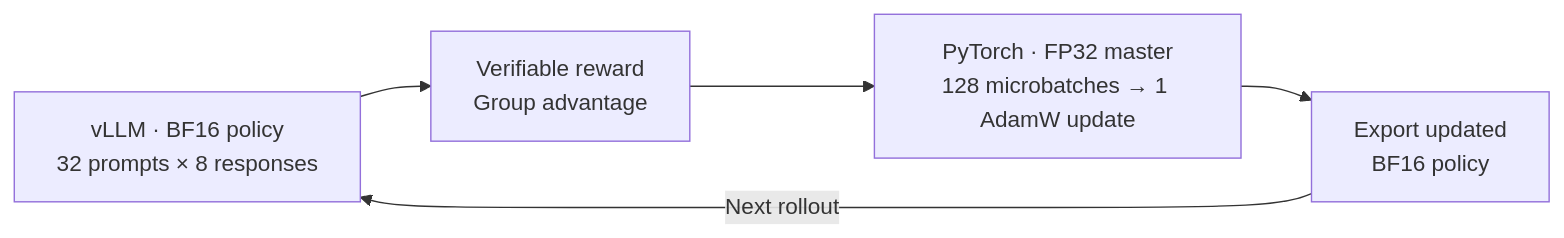
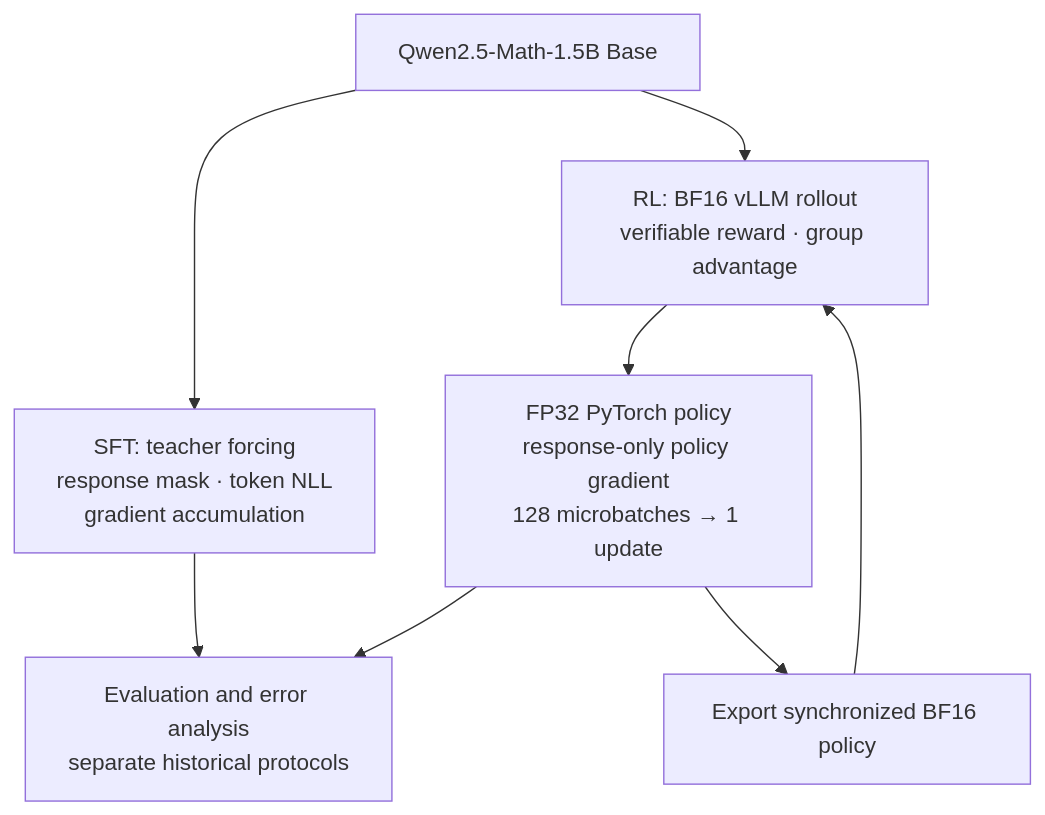
The diagram in README.md (yicheng123123/Single-GPU-GRPO-Style-Post-Training-for-Mathematical-Reasoning), drawn with Mermaid before and after one commit. The commit also changed other lines of this file and 44 other files, not shown here.

````diff
--- a/README.md
+++ b/README.md
@@ -57,7 +47,10 @@
 ```mermaid
-flowchart LR
-    V["vLLM · BF16 policy<br/>32 prompts × 8 responses"] --> R["Verifiable reward<br/>Group advantage"]
-    R --> T["PyTorch · FP32 master<br/>128 microbatches → 1 AdamW update"]
-    T --> E["Export updated<br/>BF16 policy"]
-    E -->|Next rollout| V
+flowchart TD
+    B["Qwen2.5-Math-1.5B Base"] --> S["SFT: teacher forcing<br/>response mask · token NLL<br/>gradient accumulation"]
+    B --> R["RL: BF16 vLLM rollout<br/>verifiable reward · group advantage"]
+    R --> T["FP32 PyTorch policy<br/>response-only policy gradient<br/>128 microbatches → 1 update"]
+    T --> X["Export synchronized BF16 policy"]
+    X --> R
+    S --> E["Evaluation and error analysis<br/>separate historical protocols"]
+    T --> E
 ```
````
